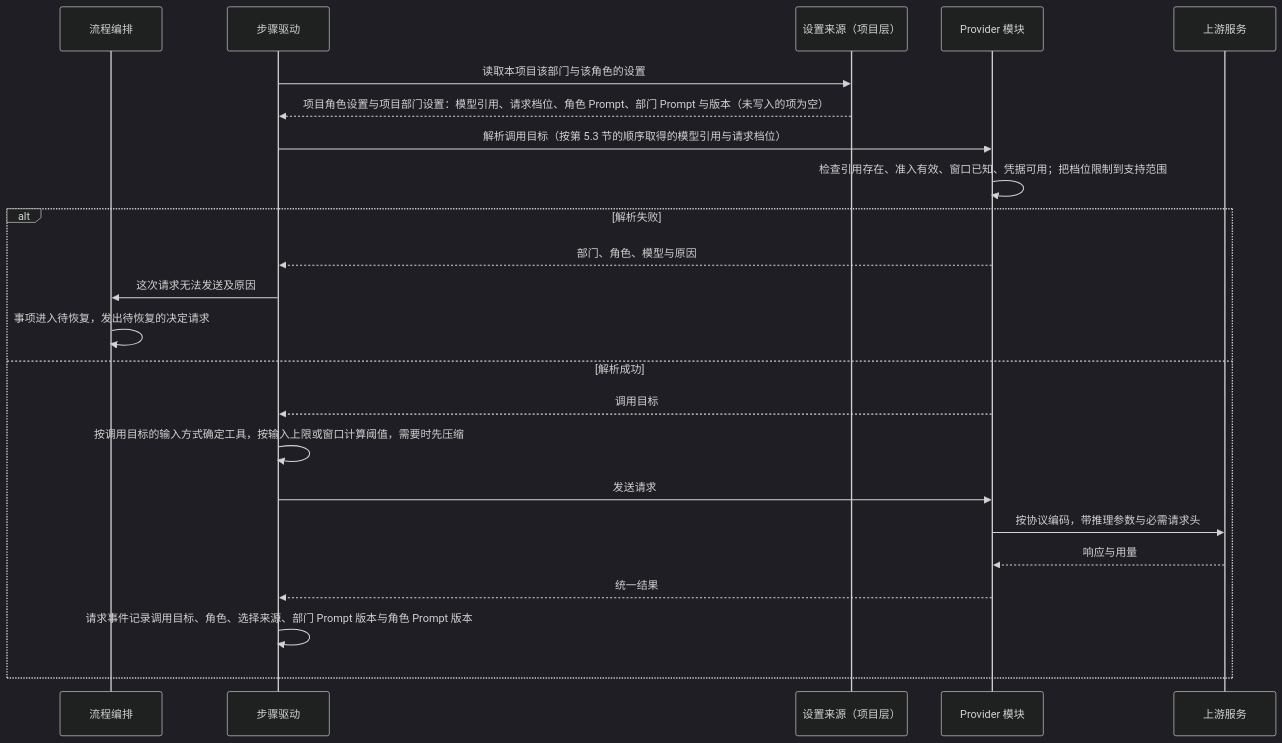
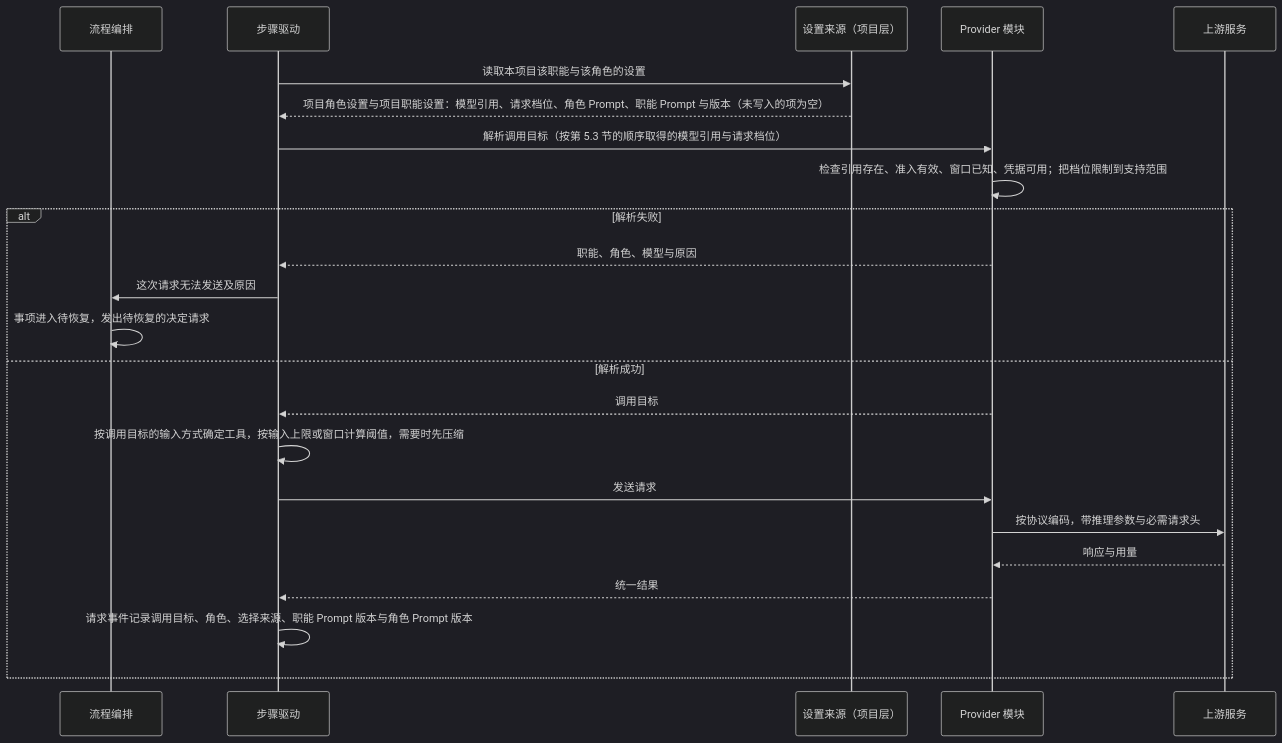
The fourth of 4 diagrams in docs/design/model-management.md (bender2333/yudao), drawn with Mermaid (dark theme) before and after one commit. The commit also changed other lines of this file and 149 other files, not shown here.

````diff
--- a/docs/design/model-management.md
+++ b/docs/design/model-management.md
@@ -332,25 +332,25 @@
 ```mermaid
 sequenceDiagram
   participant O as 流程编排
   participant S as 步骤驱动
   participant Src as 设置来源（项目层）
   participant PM as Provider 模块
   participant Up as 上游服务
-  S->>Src: 读取本项目该部门与该角色的设置
-  Src-->>S: 项目角色设置与项目部门设置：模型引用、请求档位、角色 Prompt、部门 Prompt 与版本（未写入的项为空）
+  S->>Src: 读取本项目该职能与该角色的设置
+  Src-->>S: 项目角色设置与项目职能设置：模型引用、请求档位、角色 Prompt、职能 Prompt 与版本（未写入的项为空）
   S->>PM: 解析调用目标（按第 5.3 节的顺序取得的模型引用与请求档位）
   PM->>PM: 检查引用存在、准入有效、窗口已知、凭据可用；把档位限制到支持范围
   alt 解析失败
-    PM-->>S: 部门、角色、模型与原因
+    PM-->>S: 职能、角色、模型与原因
     S->>O: 这次请求无法发送及原因
     O->>O: 事项进入待恢复，发出待恢复的决定请求
   else 解析成功
     PM-->>S: 调用目标
     S->>S: 按调用目标的输入方式确定工具，按输入上限或窗口计算阈值，需要时先压缩
     S->>PM: 发送请求
     PM->>Up: 按协议编码，带推理参数与必需请求头
     Up-->>PM: 响应与用量
     PM-->>S: 统一结果
-    S->>S: 请求事件记录调用目标、角色、选择来源、部门 Prompt 版本与角色 Prompt 版本
+    S->>S: 请求事件记录调用目标、角色、选择来源、职能 Prompt 版本与角色 Prompt 版本
   end
 ```
````
